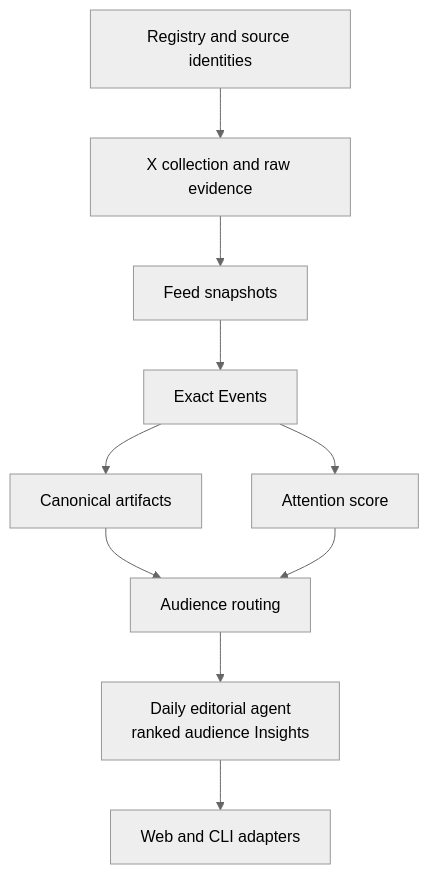
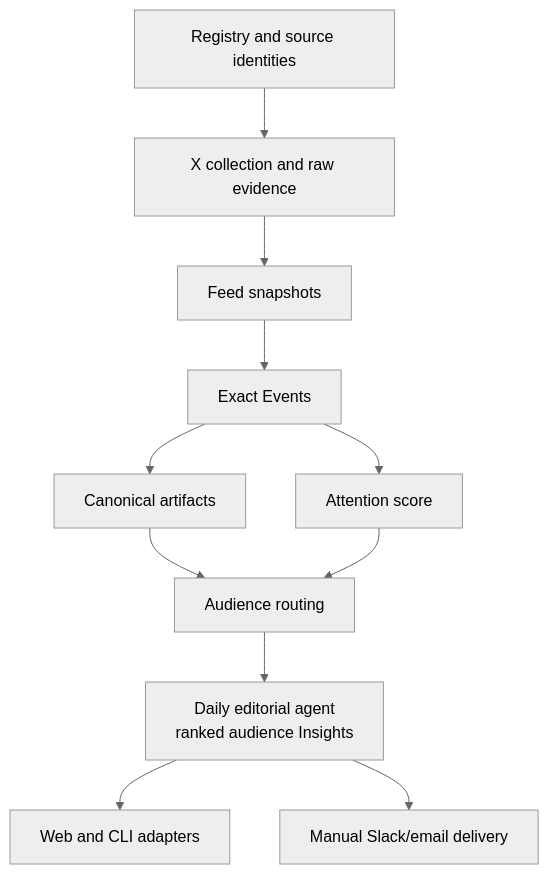
One commit to AdithyanI/frontier-lab-intelligence changed the diagram in docs/architecture/code-map.md. Above: the diagram before and after it, drawn with Mermaid (neutral theme). The commit also changed other lines of this file and 20 other files, not shown here.

````diff
--- a/docs/architecture/code-map.md
+++ b/docs/architecture/code-map.md
@@ -9,12 +9,13 @@
 ```mermaid
 flowchart TD
     R["Registry and source identities"] --> X["X collection and raw evidence"]
     X --> F["Feed snapshots"]
     F --> E["Exact Events"]
     E --> A["Canonical artifacts"]
     E --> S["Attention score"]
     A --> U["Audience routing"]
     S --> U
     U --> I["Daily editorial agent<br/>ranked audience Insights"]
     I --> W["Web and CLI adapters"]
+    I --> D["Manual Slack/email delivery"]
 ```
````
